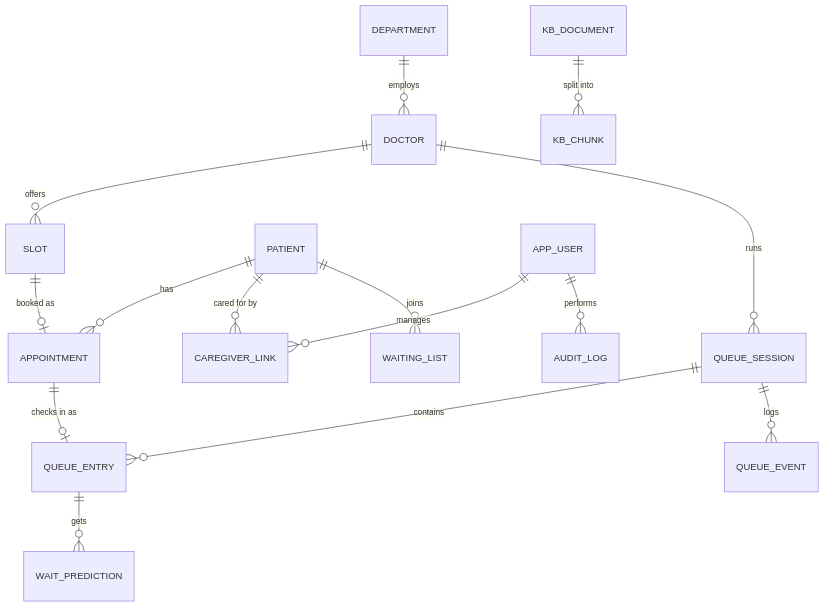
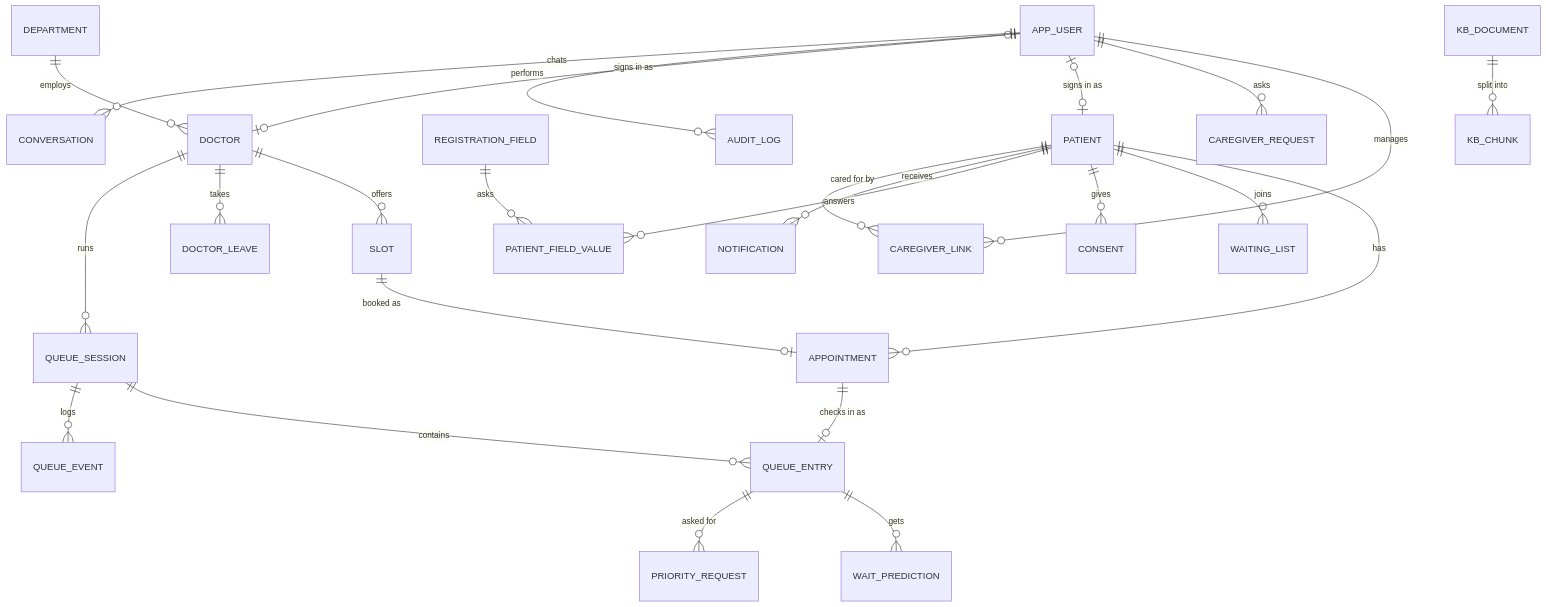
The second of 3 diagrams in docs/CareFlow-Project-Documentation.md (OmkarJayvantJadhav/CareFlow), drawn with Mermaid before and after one commit. The commit also changed other lines of this file and 4 other files, not shown here.

````diff
--- a/docs/CareFlow-Project-Documentation.md
+++ b/docs/CareFlow-Project-Documentation.md
@@ -401,17 +650,27 @@
 ```mermaid
 erDiagram
   DEPARTMENT ||--o{ DOCTOR : employs
   DOCTOR ||--o{ SLOT : offers
+  DOCTOR ||--o{ DOCTOR_LEAVE : takes
   SLOT ||--o| APPOINTMENT : "booked as"
   PATIENT ||--o{ APPOINTMENT : has
+  PATIENT ||--o{ WAITING_LIST : joins
+  PATIENT ||--o{ CONSENT : gives
+  PATIENT ||--o{ PATIENT_FIELD_VALUE : answers
+  REGISTRATION_FIELD ||--o{ PATIENT_FIELD_VALUE : asks
+  PATIENT ||--o{ NOTIFICATION : receives
   PATIENT ||--o{ CAREGIVER_LINK : "cared for by"
   APP_USER ||--o{ CAREGIVER_LINK : manages
-  PATIENT ||--o{ WAITING_LIST : joins
+  APP_USER ||--o{ CAREGIVER_REQUEST : asks
+  APP_USER |o--o| PATIENT : "signs in as"
+  APP_USER |o--o| DOCTOR : "signs in as"
   DOCTOR ||--o{ QUEUE_SESSION : runs
   QUEUE_SESSION ||--o{ QUEUE_ENTRY : contains
   APPOINTMENT ||--o| QUEUE_ENTRY : "checks in as"
   QUEUE_SESSION ||--o{ QUEUE_EVENT : logs
   QUEUE_ENTRY ||--o{ WAIT_PREDICTION : gets
+  QUEUE_ENTRY ||--o{ PRIORITY_REQUEST : "asked for"
   KB_DOCUMENT ||--o{ KB_CHUNK : "split into"
   APP_USER ||--o{ AUDIT_LOG : performs
+  APP_USER ||--o{ CONVERSATION : chats
 ```
````
